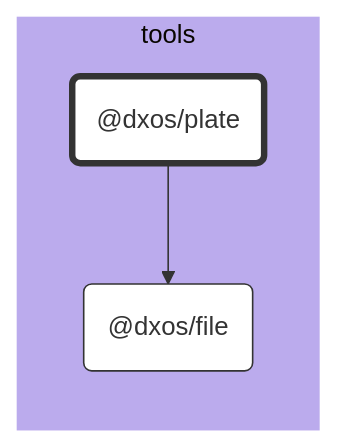
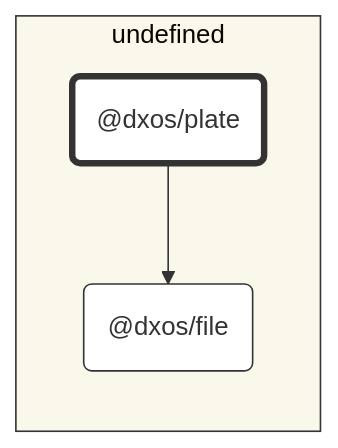
One commit to dxos/dxos changed the diagram in tools/plate/docs/README.md. Above: the diagram before and after it, drawn with Mermaid (base theme). The commit also changed 93 other files, not shown here.

First line of the commit message:
chore: hierarchical graphs. (#1583)

````diff
--- a/tools/plate/docs/README.md
+++ b/tools/plate/docs/README.md
@@ -7,23 +7,23 @@
 ```mermaid
 %%{ init: {'flowchart':{'curve':'basis'}} }%%
 
 flowchart LR
 
 %% Classes
 classDef def fill:#fff,stroke:#333,stroke-width:1px
 classDef root fill:#fff,stroke:#333,stroke-width:4px
 
 %% Nodes
 
-subgraph tools [tools]
-  style tools fill:#bbabed,stroke:#fff
+subgraph undefined [undefined]
+  style undefined fill:#faf7eb,stroke:#333
   dxos/plate("@dxos/plate"):::root
   click dxos/plate "dxos/dxos/tree/main/tools/plate/docs"
   dxos/file("@dxos/file"):::def
   click dxos/file "dxos/dxos/tree/main/tools/file/docs"
 end
 
 %% Links
 linkStyle default stroke:#333,stroke-width:1px
 dxos/plate --> dxos/file
 ```
````
